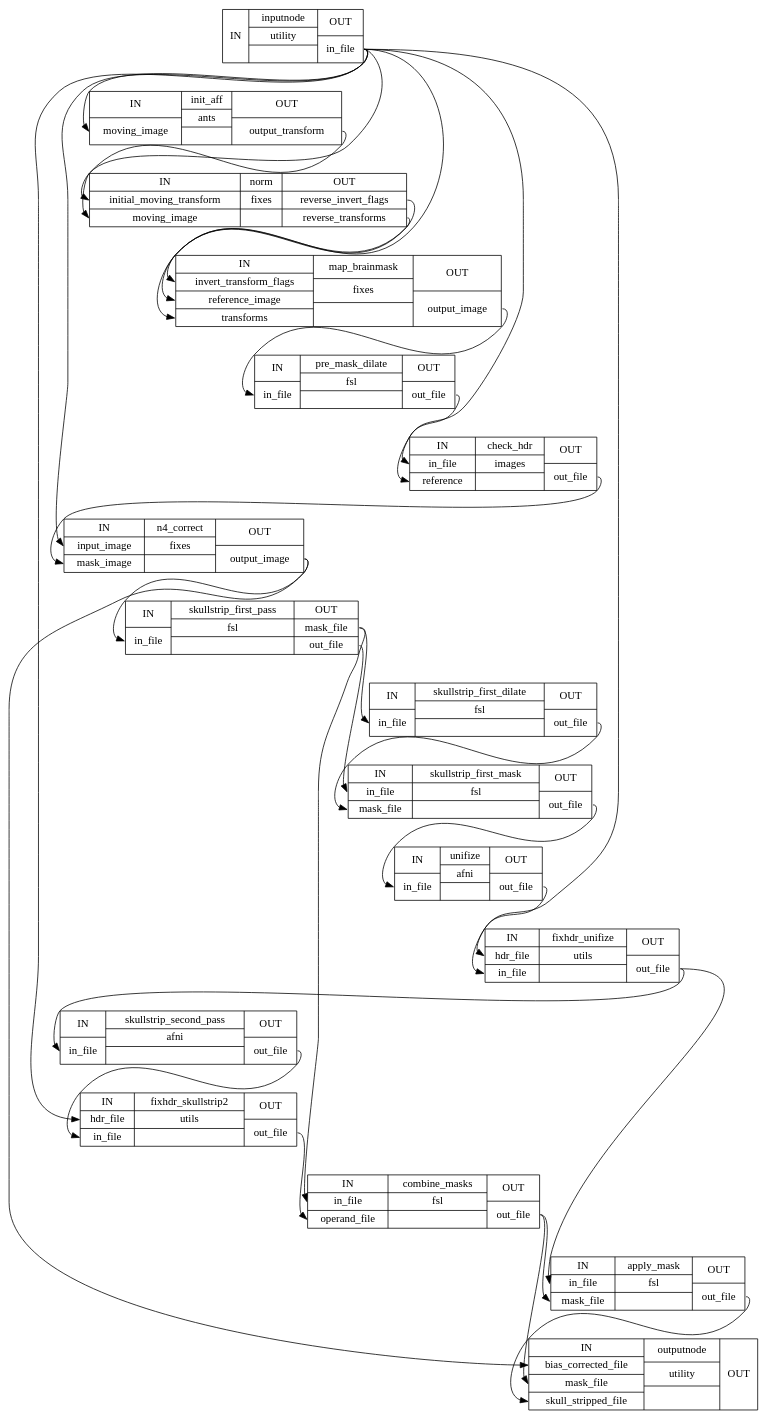
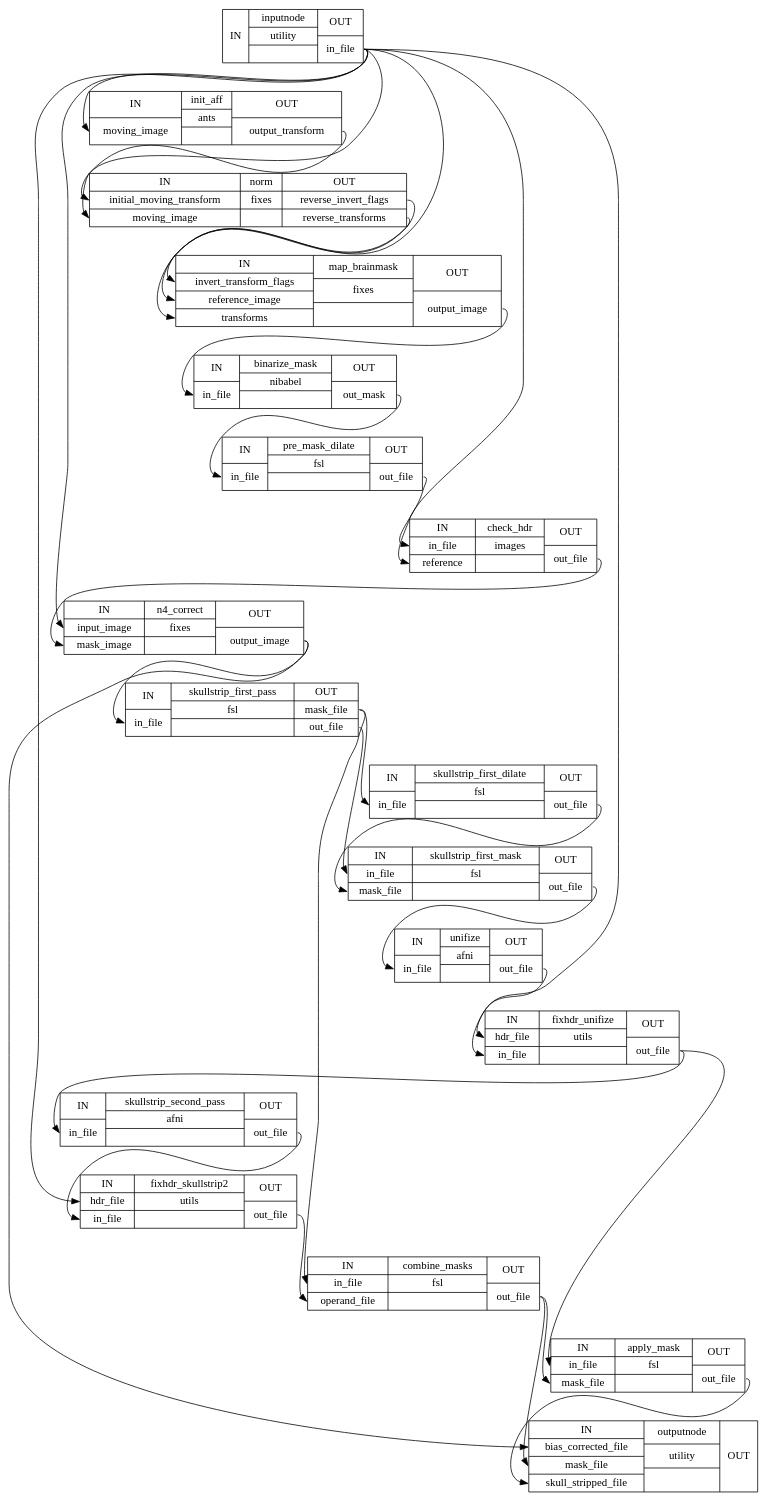
The diagram in 1.1.10/wf_directive/api/enhance_and_skullstrip_bold_wf/niworkflows-func-util-2_detailed.dot (notZaki/niworkflows), drawn with Graphviz before and after one commit. The commit also changed 6329 other files, not shown here.

```diff
--- a/1.1.10/wf_directive/api/enhance_and_skullstrip_bold_wf/niworkflows-func-util-2_detailed.dot
+++ b/1.1.10/wf_directive/api/enhance_and_skullstrip_bold_wf/niworkflows-func-util-2_detailed.dot
@@ -1,48 +1,50 @@
 digraph structs {
 node [shape=record];
 enhance_and_skullstrip_bold_wfinputnode [label="{IN}|{ inputnode | utility |  }|{OUT|<outinfile> in_file}"];
 enhance_and_skullstrip_bold_wfinit_aff [label="{IN|<inmovingimage> moving_image}|{ init_aff | ants |  }|{OUT|<outoutputtransform> output_transform}"];
 enhance_and_skullstrip_bold_wfnorm [label="{IN|<ininitialmovingtransform> initial_moving_transform|<inmovingimage> moving_image}|{ norm | fixes |  }|{OUT|<outreverseinvertflags> reverse_invert_flags|<outreversetransforms> reverse_transforms}"];
 enhance_and_skullstrip_bold_wfmap_brainmask [label="{IN|<ininverttransformflags> invert_transform_flags|<inreferenceimage> reference_image|<intransforms> transforms}|{ map_brainmask | fixes |  }|{OUT|<outoutputimage> output_image}"];
+enhance_and_skullstrip_bold_wfbinarize_mask [label="{IN|<ininfile> in_file}|{ binarize_mask | nibabel |  }|{OUT|<outoutmask> out_mask}"];
 enhance_and_skullstrip_bold_wfpre_mask_dilate [label="{IN|<ininfile> in_file}|{ pre_mask_dilate | fsl |  }|{OUT|<outoutfile> out_file}"];
 enhance_and_skullstrip_bold_wfcheck_hdr [label="{IN|<ininfile> in_file|<inreference> reference}|{ check_hdr | images |  }|{OUT|<outoutfile> out_file}"];
 enhance_and_skullstrip_bold_wfn4_correct [label="{IN|<ininputimage> input_image|<inmaskimage> mask_image}|{ n4_correct | fixes |  }|{OUT|<outoutputimage> output_image}"];
 enhance_and_skullstrip_bold_wfskullstrip_first_pass [label="{IN|<ininfile> in_file}|{ skullstrip_first_pass | fsl |  }|{OUT|<outmaskfile> mask_file|<outoutfile> out_file}"];
 enhance_and_skullstrip_bold_wfskullstrip_first_dilate [label="{IN|<ininfile> in_file}|{ skullstrip_first_dilate | fsl |  }|{OUT|<outoutfile> out_file}"];
 enhance_and_skullstrip_bold_wfskullstrip_first_mask [label="{IN|<ininfile> in_file|<inmaskfile> mask_file}|{ skullstrip_first_mask | fsl |  }|{OUT|<outoutfile> out_file}"];
 enhance_and_skullstrip_bold_wfunifize [label="{IN|<ininfile> in_file}|{ unifize | afni |  }|{OUT|<outoutfile> out_file}"];
 enhance_and_skullstrip_bold_wffixhdr_unifize [label="{IN|<inhdrfile> hdr_file|<ininfile> in_file}|{ fixhdr_unifize | utils |  }|{OUT|<outoutfile> out_file}"];
 enhance_and_skullstrip_bold_wfskullstrip_second_pass [label="{IN|<ininfile> in_file}|{ skullstrip_second_pass | afni |  }|{OUT|<outoutfile> out_file}"];
 enhance_and_skullstrip_bold_wffixhdr_skullstrip2 [label="{IN|<inhdrfile> hdr_file|<ininfile> in_file}|{ fixhdr_skullstrip2 | utils |  }|{OUT|<outoutfile> out_file}"];
 enhance_and_skullstrip_bold_wfcombine_masks [label="{IN|<ininfile> in_file|<inoperandfile> operand_file}|{ combine_masks | fsl |  }|{OUT|<outoutfile> out_file}"];
 enhance_and_skullstrip_bold_wfapply_mask [label="{IN|<ininfile> in_file|<inmaskfile> mask_file}|{ apply_mask | fsl |  }|{OUT|<outoutfile> out_file}"];
 enhance_and_skullstrip_bold_wfoutputnode [label="{IN|<inbiascorrectedfile> bias_corrected_file|<inmaskfile> mask_file|<inskullstrippedfile> skull_stripped_file}|{ outputnode | utility |  }|{OUT}"];
 enhance_and_skullstrip_bold_wfapply_mask:outoutfile:e -> enhance_and_skullstrip_bold_wfoutputnode:inskullstrippedfile:w;
+enhance_and_skullstrip_bold_wfbinarize_mask:outoutmask:e -> enhance_and_skullstrip_bold_wfpre_mask_dilate:ininfile:w;
 enhance_and_skullstrip_bold_wfcheck_hdr:outoutfile:e -> enhance_and_skullstrip_bold_wfn4_correct:inmaskimage:w;
 enhance_and_skullstrip_bold_wfcombine_masks:outoutfile:e -> enhance_and_skullstrip_bold_wfapply_mask:inmaskfile:w;
 enhance_and_skullstrip_bold_wfcombine_masks:outoutfile:e -> enhance_and_skullstrip_bold_wfoutputnode:inmaskfile:w;
 enhance_and_skullstrip_bold_wffixhdr_skullstrip2:outoutfile:e -> enhance_and_skullstrip_bold_wfcombine_masks:inoperandfile:w;
 enhance_and_skullstrip_bold_wffixhdr_unifize:outoutfile:e -> enhance_and_skullstrip_bold_wfapply_mask:ininfile:w;
 enhance_and_skullstrip_bold_wffixhdr_unifize:outoutfile:e -> enhance_and_skullstrip_bold_wfskullstrip_second_pass:ininfile:w;
 enhance_and_skullstrip_bold_wfinit_aff:outoutputtransform:e -> enhance_and_skullstrip_bold_wfnorm:ininitialmovingtransform:w;
 enhance_and_skullstrip_bold_wfinputnode:outinfile:e -> enhance_and_skullstrip_bold_wfcheck_hdr:inreference:w;
 enhance_and_skullstrip_bold_wfinputnode:outinfile:e -> enhance_and_skullstrip_bold_wffixhdr_skullstrip2:inhdrfile:w;
 enhance_and_skullstrip_bold_wfinputnode:outinfile:e -> enhance_and_skullstrip_bold_wffixhdr_unifize:inhdrfile:w;
 enhance_and_skullstrip_bold_wfinputnode:outinfile:e -> enhance_and_skullstrip_bold_wfinit_aff:inmovingimage:w;
 enhance_and_skullstrip_bold_wfinputnode:outinfile:e -> enhance_and_skullstrip_bold_wfmap_brainmask:inreferenceimage:w;
 enhance_and_skullstrip_bold_wfinputnode:outinfile:e -> enhance_and_skullstrip_bold_wfn4_correct:ininputimage:w;
 enhance_and_skullstrip_bold_wfinputnode:outinfile:e -> enhance_and_skullstrip_bold_wfnorm:inmovingimage:w;
-enhance_and_skullstrip_bold_wfmap_brainmask:outoutputimage:e -> enhance_and_skullstrip_bold_wfpre_mask_dilate:ininfile:w;
+enhance_and_skullstrip_bold_wfmap_brainmask:outoutputimage:e -> enhance_and_skullstrip_bold_wfbinarize_mask:ininfile:w;
 enhance_and_skullstrip_bold_wfn4_correct:outoutputimage:e -> enhance_and_skullstrip_bold_wfoutputnode:inbiascorrectedfile:w;
 enhance_and_skullstrip_bold_wfn4_correct:outoutputimage:e -> enhance_and_skullstrip_bold_wfskullstrip_first_pass:ininfile:w;
 enhance_and_skullstrip_bold_wfnorm:outreverseinvertflags:e -> enhance_and_skullstrip_bold_wfmap_brainmask:ininverttransformflags:w;
 enhance_and_skullstrip_bold_wfnorm:outreversetransforms:e -> enhance_and_skullstrip_bold_wfmap_brainmask:intransforms:w;
 enhance_and_skullstrip_bold_wfpre_mask_dilate:outoutfile:e -> enhance_and_skullstrip_bold_wfcheck_hdr:ininfile:w;
 enhance_and_skullstrip_bold_wfskullstrip_first_dilate:outoutfile:e -> enhance_and_skullstrip_bold_wfskullstrip_first_mask:inmaskfile:w;
 enhance_and_skullstrip_bold_wfskullstrip_first_mask:outoutfile:e -> enhance_and_skullstrip_bold_wfunifize:ininfile:w;
 enhance_and_skullstrip_bold_wfskullstrip_first_pass:outmaskfile:e -> enhance_and_skullstrip_bold_wfcombine_masks:ininfile:w;
 enhance_and_skullstrip_bold_wfskullstrip_first_pass:outmaskfile:e -> enhance_and_skullstrip_bold_wfskullstrip_first_dilate:ininfile:w;
 enhance_and_skullstrip_bold_wfskullstrip_first_pass:outoutfile:e -> enhance_and_skullstrip_bold_wfskullstrip_first_mask:ininfile:w;
 enhance_and_skullstrip_bold_wfskullstrip_second_pass:outoutfile:e -> enhance_and_skullstrip_bold_wffixhdr_skullstrip2:ininfile:w;
 enhance_and_skullstrip_bold_wfunifize:outoutfile:e -> enhance_and_skullstrip_bold_wffixhdr_unifize:ininfile:w;
 }
```
